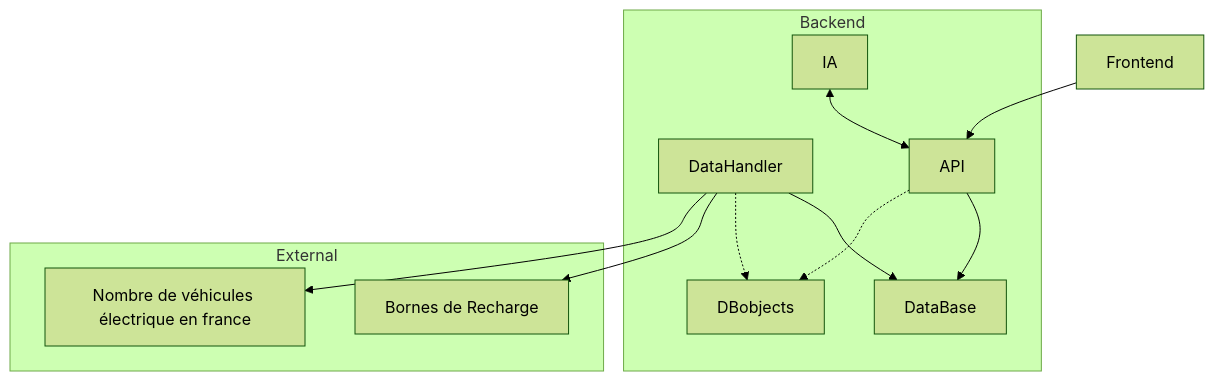
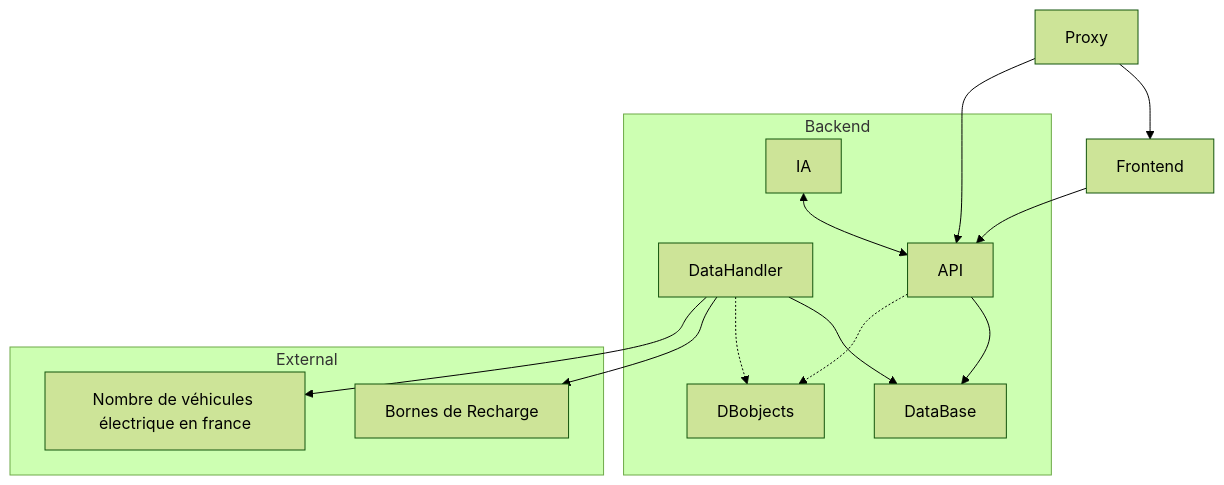
One commit to ESIR2-PROJECT/RENDUS changed the diagram in Architecture.md. Above: the diagram before and after it, drawn with Mermaid (forest theme).

Commit message:
update arch graph

````diff
--- a/Architecture.md
+++ b/Architecture.md
@@ -2,31 +2,35 @@
 ```mermaid
 graph
     
     Frontend
+
+    Proxy
     
     
     subgraph Backend
         Getter[DataHandler]
         IA
         API
         DBobjects
         
         DataBase
         Getter --> DataBase
         API --> DataBase
         IA <--> API
         
         Getter -.-> DBobjects
         API -.-> DBobjects
     end
     
     subgraph External
         Bornes[Bornes de Recharge]
         Voitures[Nombre de véhicules électrique en france]
     end
     
     Frontend --> API
     Getter --> Bornes
     Getter --> Voitures
+    Proxy --> Frontend
+    Proxy --> API
     
 ```
````
